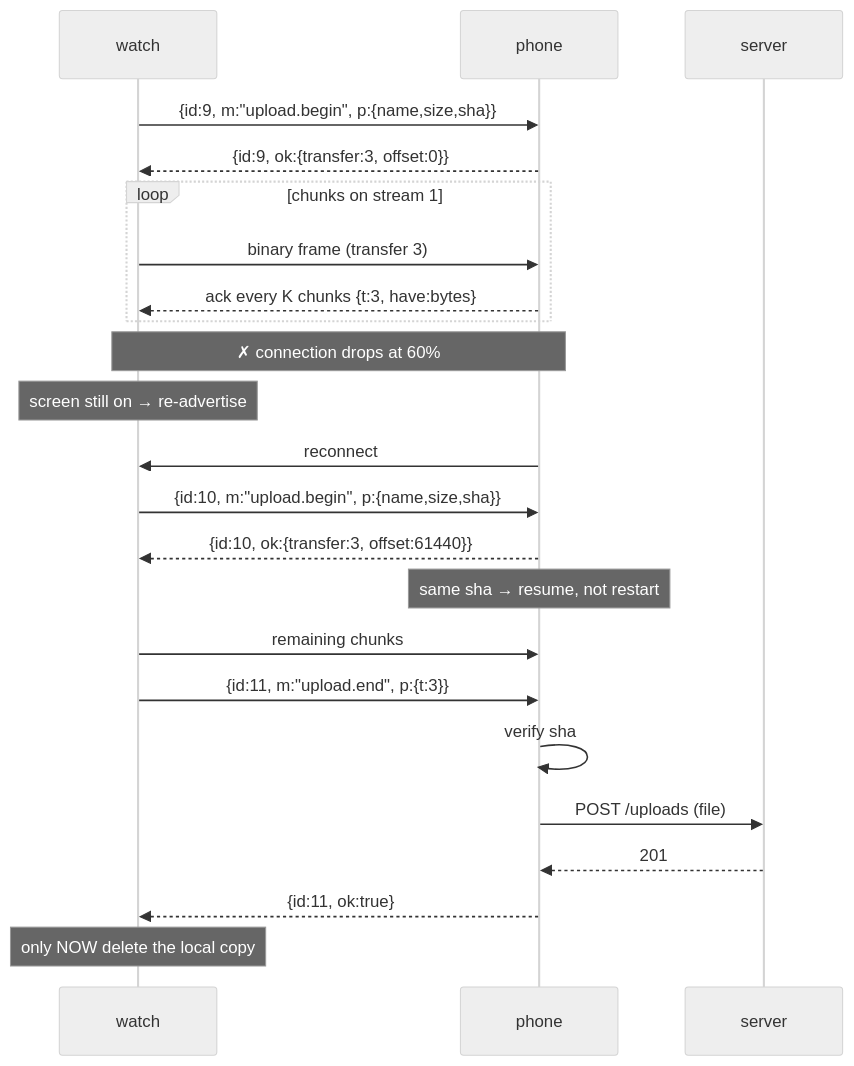
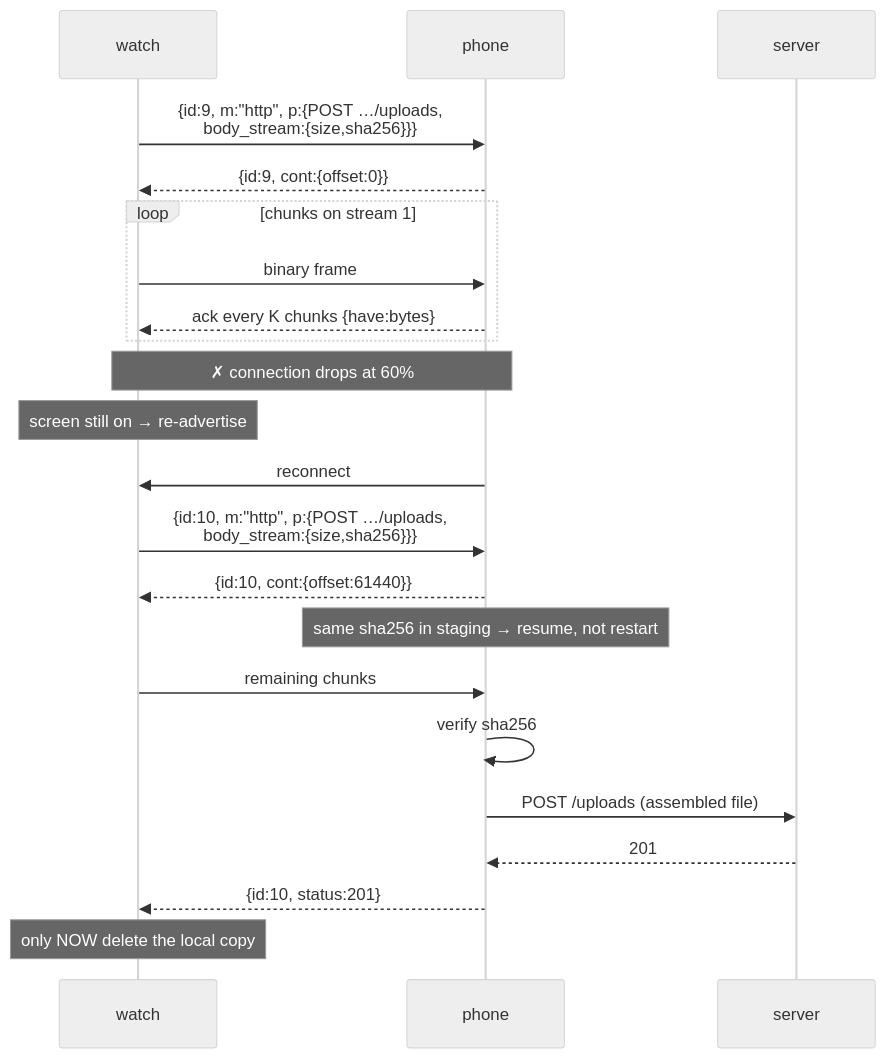
The sixth of 9 diagrams in docs/ble-gateway-design.md (frolic/pocket-pet), drawn with Mermaid (neutral theme) before and after one commit. The commit also changed other lines of this file, not shown here.

````diff
--- a/docs/ble-gateway-design.md
+++ b/docs/ble-gateway-design.md
@@ -182,25 +211,24 @@
 ```mermaid
 sequenceDiagram
     participant W as watch
     participant P as phone
     participant S as server
-    W->>P: {id:9, m:"upload.begin", p:{name,size,sha}}
-    P-->>W: {id:9, ok:{transfer:3, offset:0}}
+    W->>P: {id:9, m:"http", p:{POST …/uploads,<br/>body_stream:{size,sha256}}}
+    P-->>W: {id:9, cont:{offset:0}}
     loop chunks on stream 1
-        W->>P: binary frame (transfer 3)
-        P-->>W: ack every K chunks {t:3, have:bytes}
+        W->>P: binary frame
+        P-->>W: ack every K chunks {have:bytes}
     end
     Note over W,P: ✗ connection drops at 60%
     Note over W: screen still on → re-advertise
     P->>W: reconnect
-    W->>P: {id:10, m:"upload.begin", p:{name,size,sha}}
-    P-->>W: {id:10, ok:{transfer:3, offset:61440}}
-    Note over P: same sha → resume, not restart
+    W->>P: {id:10, m:"http", p:{POST …/uploads,<br/>body_stream:{size,sha256}}}
+    P-->>W: {id:10, cont:{offset:61440}}
+    Note over P: same sha256 in staging → resume, not restart
     W->>P: remaining chunks
-    W->>P: {id:11, m:"upload.end", p:{t:3}}
-    P->>P: verify sha
-    P->>S: POST /uploads (file)
+    P->>P: verify sha256
+    P->>S: POST /uploads (assembled file)
     S-->>P: 201
-    P-->>W: {id:11, ok:true}
+    P-->>W: {id:10, status:201}
     Note over W: only NOW delete the local copy
 ```
````
